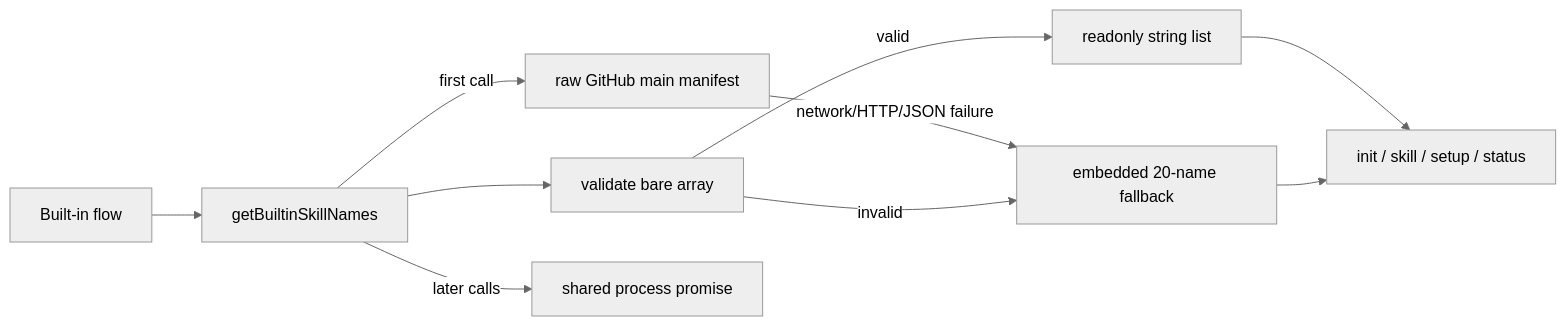
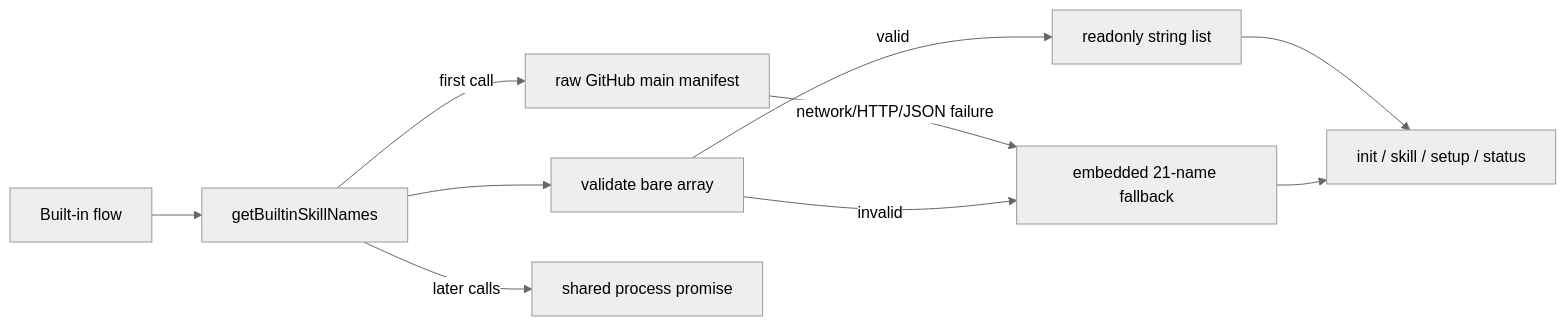
The diagram in docs/ai/design/2026-09-05-feature-builtin-remote.md (codeaholicguy/ai-devkit), drawn with Mermaid (neutral theme) before and after one commit. The commit also changed 17 other files, not shown here.

````diff
--- a/docs/ai/design/2026-09-05-feature-builtin-remote.md
+++ b/docs/ai/design/2026-09-05-feature-builtin-remote.md
@@ -11,12 +11,12 @@
 ```mermaid
 flowchart LR
   F[Built-in flow] --> L[getBuiltinSkillNames]
   L -->|first call| R[raw GitHub main manifest]
   L --> V[validate bare array]
   V -->|valid| N[readonly string list]
-  R -->|network/HTTP/JSON failure| B[embedded 20-name fallback]
+  R -->|network/HTTP/JSON failure| B[embedded 21-name fallback]
   V -->|invalid| B
   N --> C[init / skill / setup / status]
   B --> C
   L -->|later calls| P[shared process promise]
 ```
````
